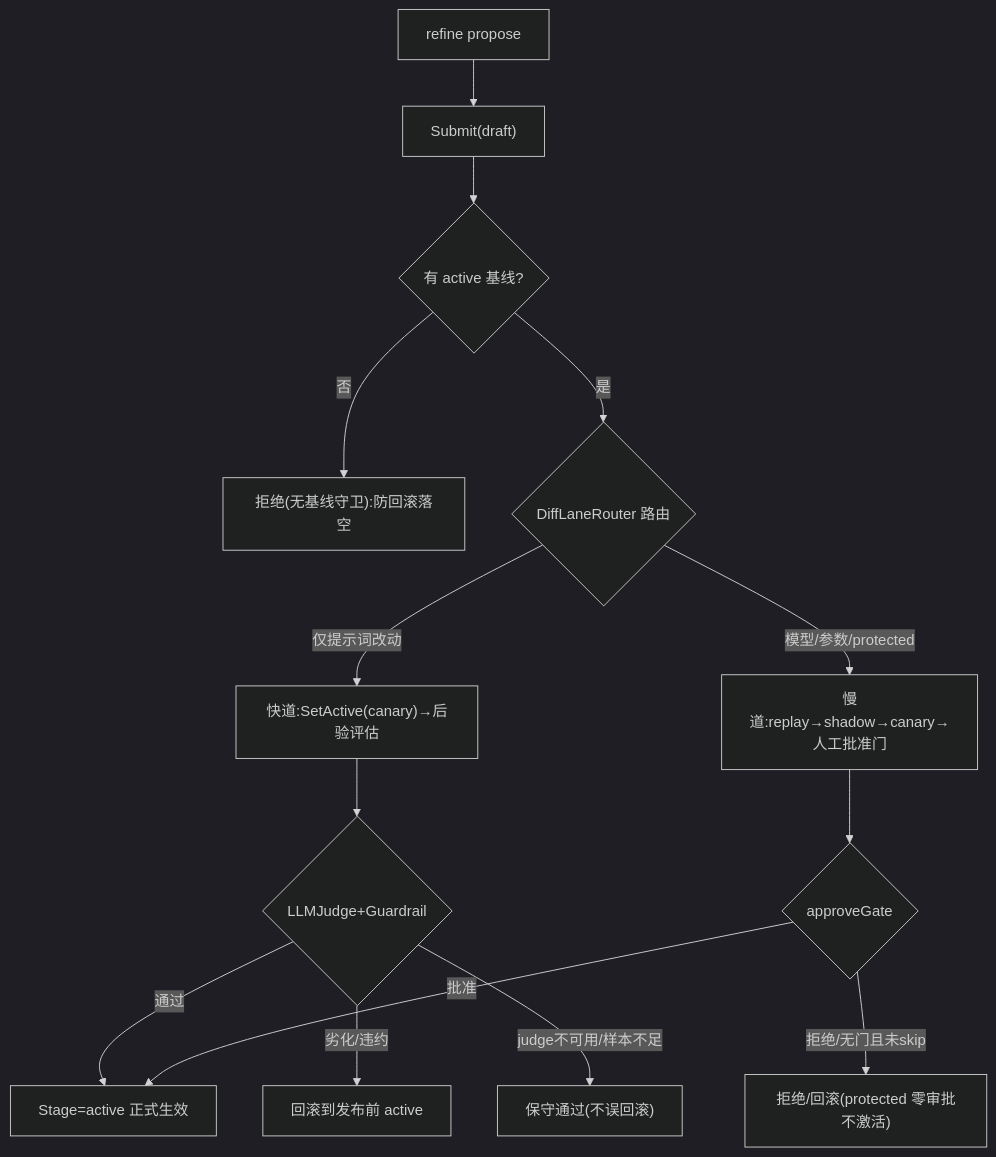
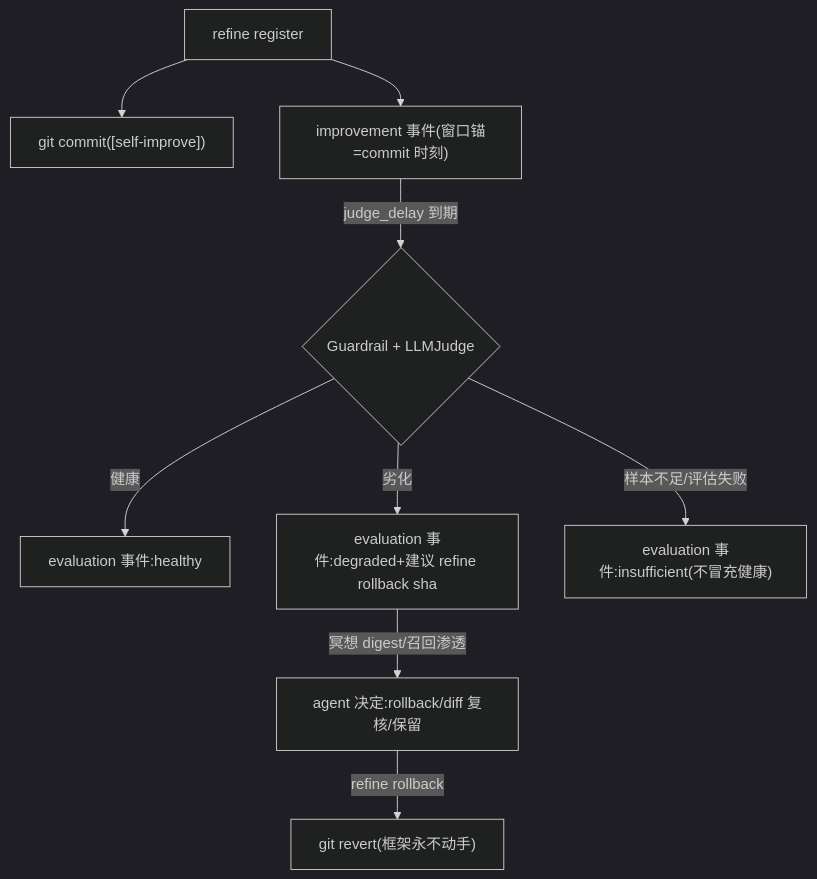
One commit to SpellingDragon/tagent changed the second of 3 diagrams in docs/wiki/platform/agent-behavior-matrix.md. Above: the diagram before and after it, drawn with Mermaid (dark theme). The commit also changed other lines of this file and 20 other files, not shown here.

````diff
--- a/docs/wiki/platform/agent-behavior-matrix.md
+++ b/docs/wiki/platform/agent-behavior-matrix.md
@@ -103,16 +103,11 @@
 ```mermaid
 flowchart TD
-    P["refine propose"] --> S["Submit(draft)"]
-    S --> B{有 active 基线?}
-    B -->|否| REJ0["拒绝(无基线守卫):防回滚落空"]
-    B -->|是| R{DiffLaneRouter 路由}
-    R -->|仅提示词改动| FAST["快道:SetActive(canary)→后验评估"]
-    R -->|模型/参数/protected| SLOW["慢道:replay→shadow→canary→人工批准门"]
-    FAST --> EV{LLMJudge+Guardrail}
-    EV -->|通过| ACT["Stage=active 正式生效"]
-    EV -->|劣化/违约| RB["回滚到发布前 active"]
-    EV -->|judge不可用/样本不足| CONS["保守通过(不误回滚)"]
-    SLOW --> AP{approveGate}
-    AP -->|批准| ACT
-    AP -->|拒绝/无门且未skip| RB2["拒绝/回滚(protected 零审批不激活)"]
+    R["refine register"] --> C["git commit([self-improve])"]
+    R --> E["improvement 事件(窗口锚=commit 时刻)"]
+    E -->|judge_delay 到期| EV{"Guardrail + LLMJudge"}
+    EV -->|健康| H["evaluation 事件:healthy"]
+    EV -->|劣化| D["evaluation 事件:degraded+建议 refine rollback sha"]
+    EV -->|样本不足/评估失败| I["evaluation 事件:insufficient(不冒充健康)"]
+    D -->|冥想 digest/召回渗透| AG["agent 决定:rollback/diff 复核/保留"]
+    AG -->|refine rollback| RV["git revert(框架永不动手)"]
 ```
````
